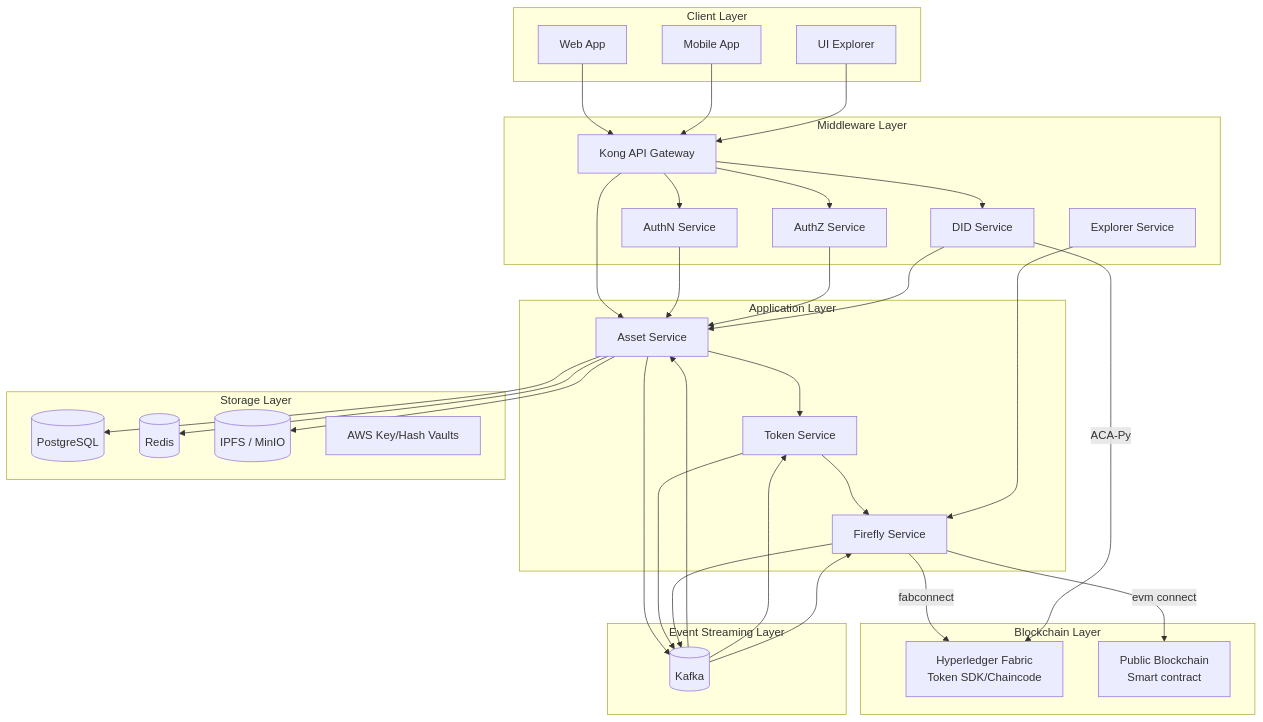
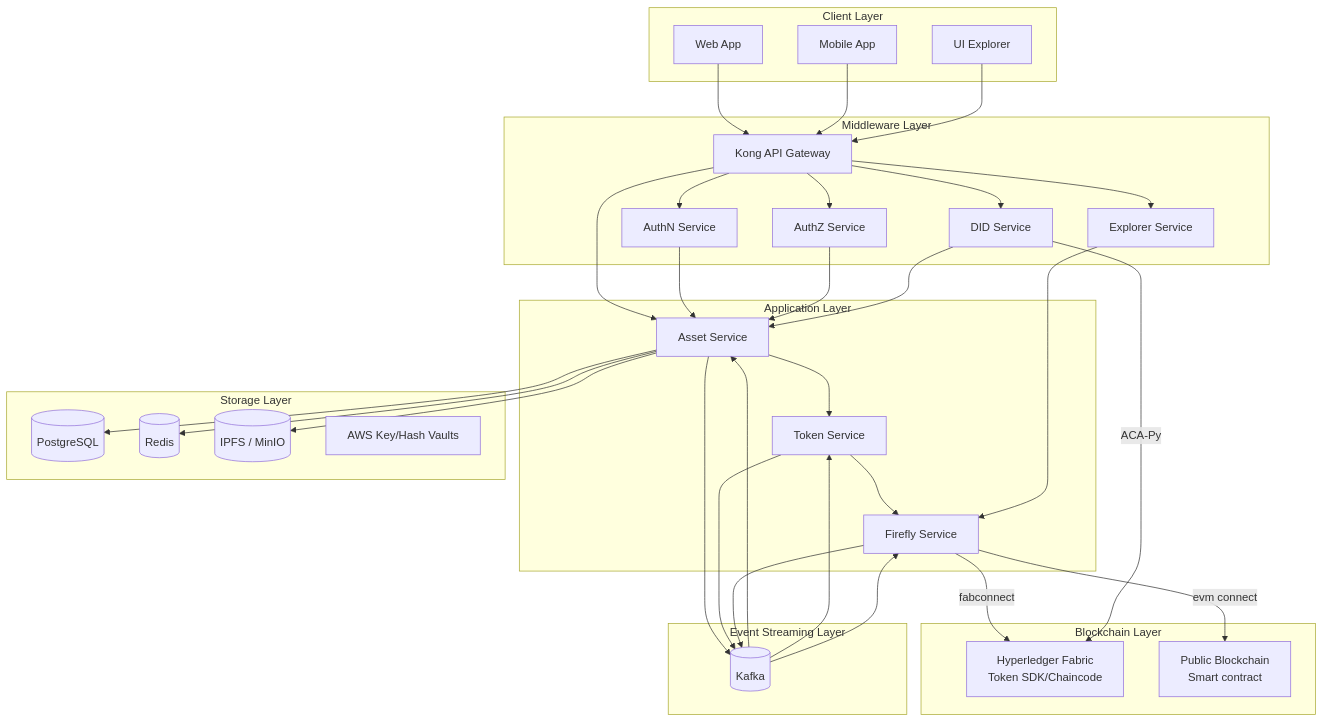
The first of 4 diagrams in docs/architecture-design.en.md (metafi-blockchain/metafi-digital-assets-service), drawn with Mermaid before and after one commit.

````diff
--- a/docs/architecture-design.en.md
+++ b/docs/architecture-design.en.md
@@ -19,71 +19,73 @@
 ```mermaid
 graph TD
     subgraph "Client Layer"
         Web[Web App]
         Mobile[Mobile App]
         Explorer[UI Explorer]
     end
 
     subgraph "Middleware Layer"
         Gateway[Kong API Gateway]
         AuthN[AuthN Service]
         AuthZ[AuthZ Service]
         DID["DID Service"]
         ExplorerService[Explorer Service]
     end
 
     subgraph "Application Layer"
         Asset[Asset Service]
         Token[Token Service]
         Firefly[Firefly Service]
 
     end
 
     subgraph "Blockchain Layer"
         Fabric["Hyperledger Fabric<br/>Token SDK/Chaincode"]
         PublicChain[Public Blockchain<br/>  Smart contract]
     end
 
     subgraph "Storage Layer"
         DB[(PostgreSQL)]
         Cache[(Redis)]
         Storage[(IPFS / MinIO)]
         KeyVaults[AWS Key/Hash Vaults]
     end
 
     subgraph "Event Streaming Layer"
         Kafka[(Kafka)]
     end
 
     Web --> Gateway
     Mobile --> Gateway
     Explorer --> Gateway
 
     Gateway --> AuthN
     Gateway --> AuthZ
     Gateway --> Asset
     Gateway --> DID
 
+    Gateway --> ExplorerService
+
     AuthN --> Asset
     AuthZ --> Asset
     DID --> Asset
 
     Asset --> Token
     Token --> Firefly
     Firefly --> |fabconnect| Fabric
     Firefly --> |evm connect| PublicChain
 
     Asset --> DB
     Asset --> Cache
     Asset --> Storage
     DID -->|ACA-Py| Fabric
 
     Asset --> Kafka
     Kafka --> Asset
     Token --> Kafka
     Kafka --> Token
     Firefly --> Kafka
     Kafka --> Firefly
 
     ExplorerService --> Firefly
 ```
````
